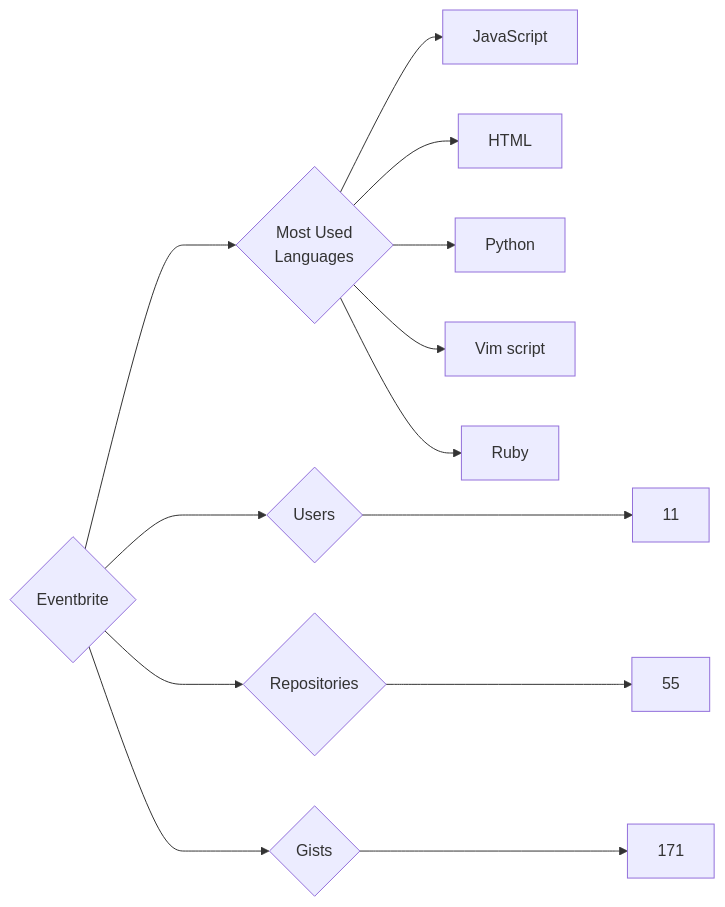
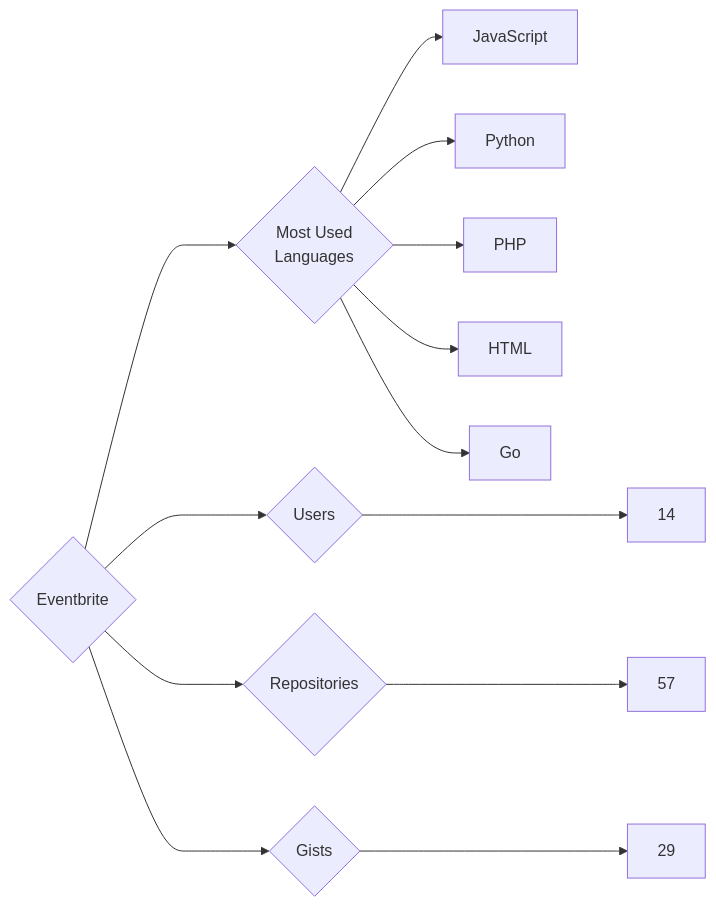
The diagram in targets/Eventbrite/README.md (trickest/insiders), drawn with Mermaid before and after one commit. The commit also changed 721 other files, not shown here.

````diff
--- a/targets/Eventbrite/README.md
+++ b/targets/Eventbrite/README.md
@@ -3,13 +3,13 @@
 ```mermaid
 graph LR
 COMPANY_NAME{Eventbrite}
-COMPANY_NAME ---> U{Users} ---> UN[11]
-COMPANY_NAME ---> R{Repositories} ---> RN[55]
-COMPANY_NAME ---> G{Gists} ---> GN[171]
+COMPANY_NAME ---> U{Users} ---> UN[14]
+COMPANY_NAME ---> R{Repositories} ---> RN[57]
+COMPANY_NAME ---> G{Gists} ---> GN[29]
 COMPANY_NAME ---> ML{Most Used<br>Languages}
 ML --> JavaScript[JavaScript]
+ML --> Python[Python]
+ML --> PHP[PHP]
 ML --> HTML[HTML]
-ML --> Python[Python]
-ML --> Vim_script[Vim script]
-ML --> Ruby[Ruby]
+ML --> Go[Go]
 ```
````
